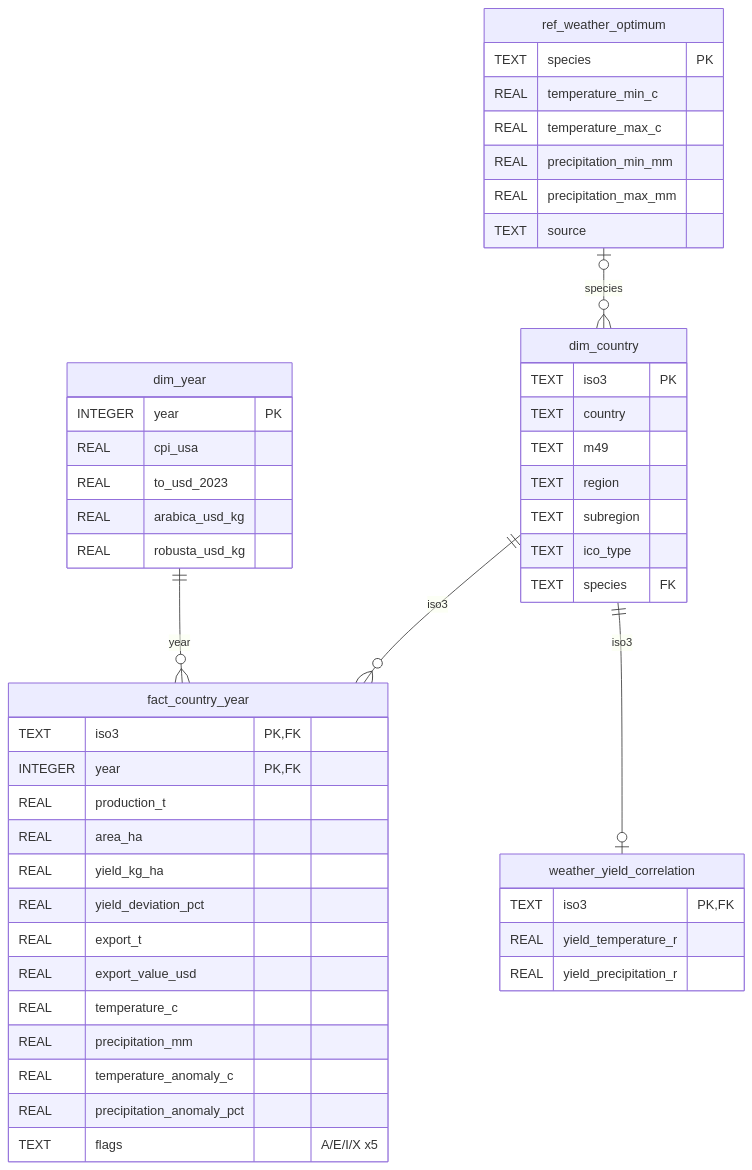
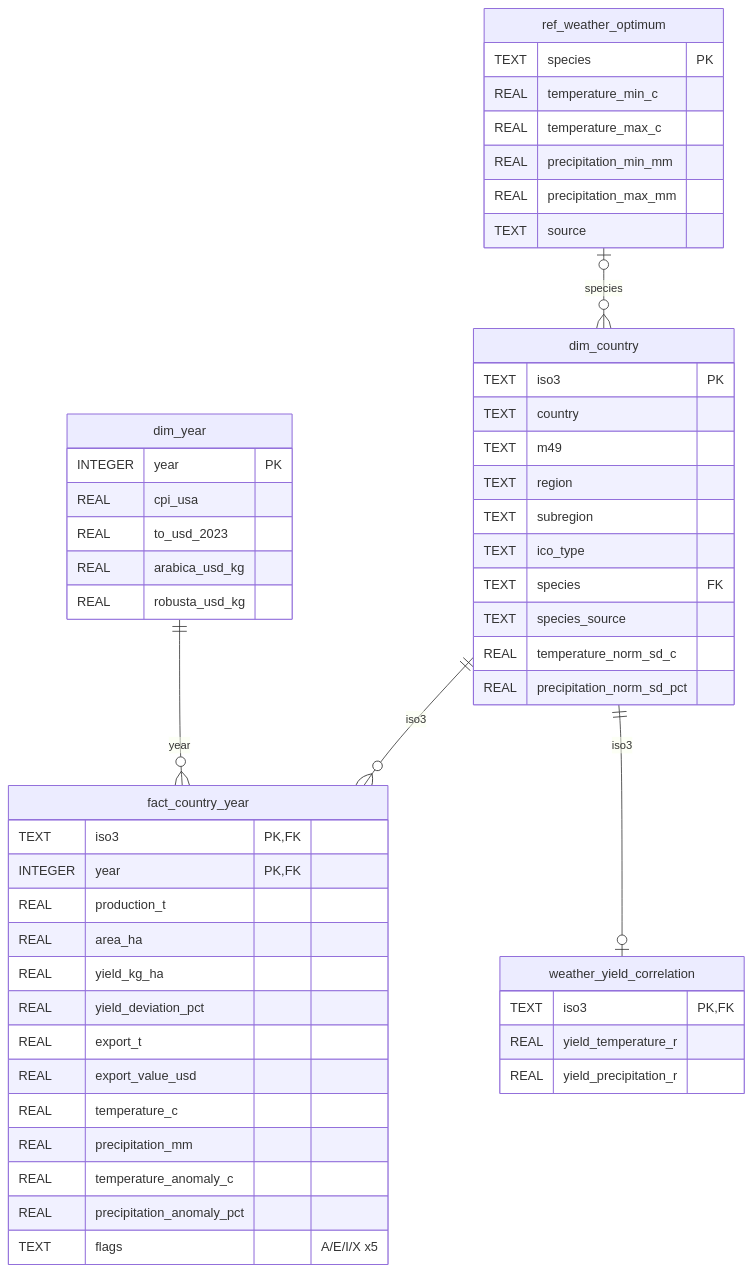
The diagram in docs/raport-cw2/model-er.mmd (karolbystrek/systemy-analizy-biznesowej-projekt), drawn with Mermaid before and after one commit. The commit also changed 24 other files, not shown here.

Commit message:
Update coffee database schema and data processing files; add species source and temperature/precipitation norms to country dimensions, enhance dominant species dataset with USDA FAS information, and refine quality EDA documentation.

```diff
--- a/docs/raport-cw2/model-er.mmd
+++ b/docs/raport-cw2/model-er.mmd
@@ -1,50 +1,53 @@
 erDiagram
     dim_country ||--o{ fact_country_year : "iso3"
     dim_year ||--o{ fact_country_year : "year"
     ref_weather_optimum |o--o{ dim_country : "species"
     dim_country ||--o| weather_yield_correlation : "iso3"
 
     fact_country_year {
         TEXT iso3 PK,FK
         INTEGER year PK,FK
         REAL production_t
         REAL area_ha
         REAL yield_kg_ha
         REAL yield_deviation_pct
         REAL export_t
         REAL export_value_usd
         REAL temperature_c
         REAL precipitation_mm
         REAL temperature_anomaly_c
         REAL precipitation_anomaly_pct
         TEXT flags "A/E/I/X x5"
     }
     dim_country {
         TEXT iso3 PK
         TEXT country
         TEXT m49
         TEXT region
         TEXT subregion
         TEXT ico_type
         TEXT species FK
+        TEXT species_source
+        REAL temperature_norm_sd_c
+        REAL precipitation_norm_sd_pct
     }
     dim_year {
         INTEGER year PK
         REAL cpi_usa
         REAL to_usd_2023
         REAL arabica_usd_kg
         REAL robusta_usd_kg
     }
     ref_weather_optimum {
         TEXT species PK
         REAL temperature_min_c
         REAL temperature_max_c
         REAL precipitation_min_mm
         REAL precipitation_max_mm
         TEXT source
     }
     weather_yield_correlation {
         TEXT iso3 PK,FK
         REAL yield_temperature_r
         REAL yield_precipitation_r
     }
```
